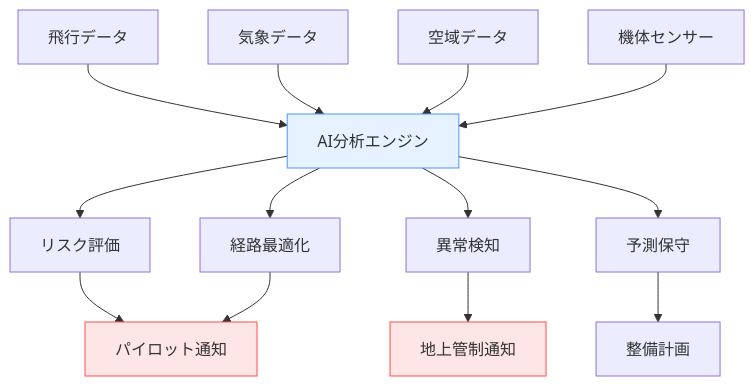
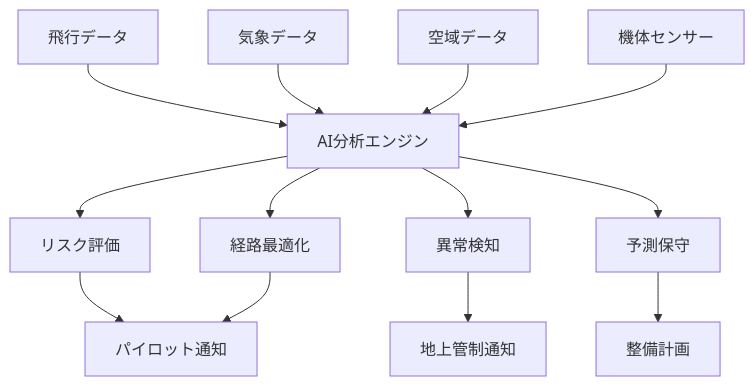
One commit to shuji-bonji/Situational-Awareness-and-Decision-Making changed the third of 4 diagrams in docs/ai-and-future/ai-sa-context.md. Above: the diagram before and after it, drawn with Mermaid. The commit also changed other lines of this file and 49 other files, not shown here.

Commit message:
fix: ダークモードで見づらい図の色の変更

````diff
--- a/docs/ai-and-future/ai-sa-context.md
+++ b/docs/ai-and-future/ai-sa-context.md
@@ -182,21 +174,17 @@
     ```mermaid
     graph TD
         A[飛行データ] --> B[AI分析エンジン]
         C[気象データ] --> B
         D[空域データ] --> B
         E[機体センサー] --> B
         
         B --> F[リスク評価]
         B --> G[経路最適化]
         B --> H[異常検知]
         B --> I[予測保守]
         
         F --> J[パイロット通知]
         G --> J
         H --> K[地上管制通知]
         I --> L[整備計画]
-        
-        style B fill:#e6f2ff,stroke:#4d94ff
-        style J fill:#ffe6e6,stroke:#ff4d4d
-        style K fill:#ffe6e6,stroke:#ff4d4d
     ```
````
